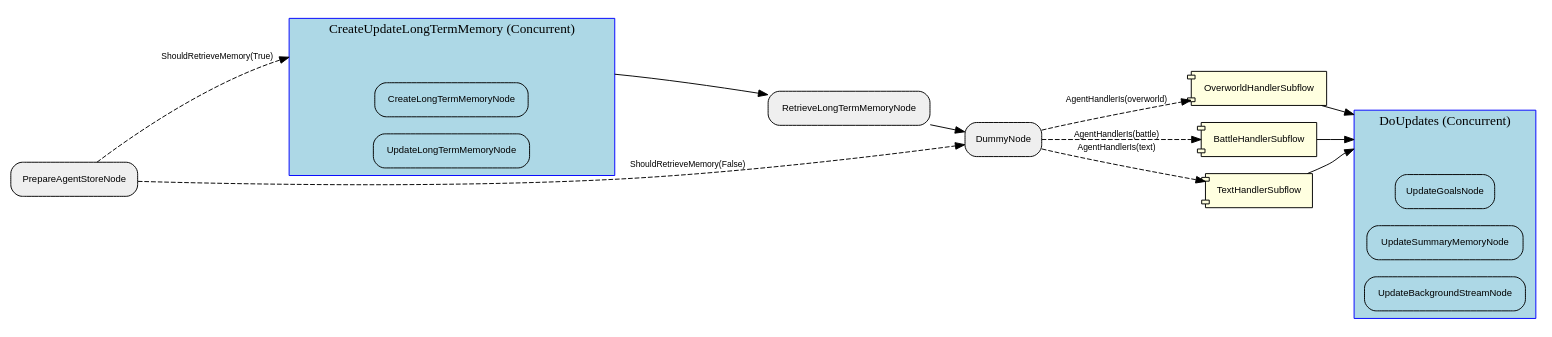
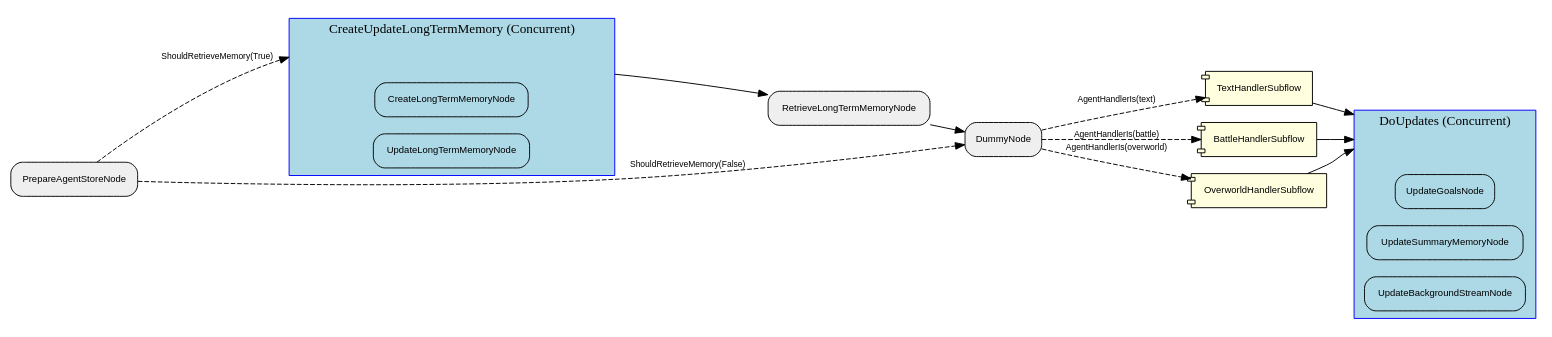
Before and after one commit to clambro/ai-plays-pokemon: the diagram in visualization/agent_graph/Graph.dot, drawn with Graphviz. The commit also changed 19 other files, not shown here.

```diff
--- a/visualization/agent_graph/Graph.dot
+++ b/visualization/agent_graph/Graph.dot
@@ -1,46 +1,46 @@
 digraph "G" {
   rankdir=LR;
   compound=true;
   node [shape=box, style="rounded,filled", fillcolor="#EFEFEF", fontname="Helvetica", fontsize=10];
   edge [fontname="Helvetica", fontsize=9];
-  subgraph "cluster_2D0KoKxn5NUGGwOTj231R" {
+  subgraph "cluster_ROh4b9rPiLZR8FRXu5Ws0" {
     label="DoUpdates (Concurrent)";
     style="filled"; fillcolor="lightblue"; color="blue";
     node [fillcolor="lightblue", style="filled,rounded"];
-    "2D0KoKxn5NUGGwOTj231R__entry" [label="", shape=point, width=0.01, style=invis];
-    "2D0KoKxn5NUGGwOTj231R__exit"  [label="", shape=point, width=0.01, style=invis];
-    iB7zfQtHu3mCeLPs9P3Up [label="UpdateGoalsNode"];
-    QU5TuuSJ8SM7s4VZJGutV [label="UpdateSummaryMemoryNode"];
-    uL5oxFUM4hSXXC4iqaIGP [label="UpdateBackgroundStreamNode"];
+    "ROh4b9rPiLZR8FRXu5Ws0__entry" [label="", shape=point, width=0.01, style=invis];
+    "ROh4b9rPiLZR8FRXu5Ws0__exit"  [label="", shape=point, width=0.01, style=invis];
+    R2gjnZK2jJIonHdh735mK [label="UpdateGoalsNode"];
+    LIymbs8aFT8sixNbxOi6x [label="UpdateSummaryMemoryNode"];
+    ef8JZMll6fiZbA6isvKZR [label="UpdateBackgroundStreamNode"];
   }
-  subgraph "cluster_Wu27l3X7fRLiAvLobb59u" {
+  subgraph "cluster_vkIfMjcxQSDinRBwNXA87" {
     label="CreateUpdateLongTermMemory (Concurrent)";
     style="filled"; fillcolor="lightblue"; color="blue";
     node [fillcolor="lightblue", style="filled,rounded"];
-    "Wu27l3X7fRLiAvLobb59u__entry" [label="", shape=point, width=0.01, style=invis];
-    "Wu27l3X7fRLiAvLobb59u__exit"  [label="", shape=point, width=0.01, style=invis];
-    MEHYqKM2ltUfVGy5lz9f6 [label="CreateLongTermMemoryNode"];
-    LcsrSq24pxVNU2TF7nFI9 [label="UpdateLongTermMemoryNode"];
+    "vkIfMjcxQSDinRBwNXA87__entry" [label="", shape=point, width=0.01, style=invis];
+    "vkIfMjcxQSDinRBwNXA87__exit"  [label="", shape=point, width=0.01, style=invis];
+    "8JvvkMiXwtxAixeD9rvfa" [label="CreateLongTermMemoryNode"];
+    etaww1i1ND2a3ibXAuwZn [label="UpdateLongTermMemoryNode"];
   }
-  hJfREhtHwu9QXVx1RhPXZ [label="DummyNode"];
-  QU5TuuSJ8SM7s4VZJGutV [label="UpdateSummaryMemoryNode"];
-  PWzfP64HGf6P0sPGQjgLr [label="OverworldHandlerSubflow", shape=component, style="filled,rounded", fillcolor="lightyellow"];
-  vmZxaLjYjcb4FFYGCL5YL [label="RetrieveLongTermMemoryNode"];
-  PCPUPZqDyBn2V3zPvwliE [label="BattleHandlerSubflow", shape=component, style="filled,rounded", fillcolor="lightyellow"];
-  iB7zfQtHu3mCeLPs9P3Up [label="UpdateGoalsNode"];
-  uL5oxFUM4hSXXC4iqaIGP [label="UpdateBackgroundStreamNode"];
-  MEHYqKM2ltUfVGy5lz9f6 [label="CreateLongTermMemoryNode"];
-  TXDWbj3iuO7YhtR3Cyd3u [label="PrepareAgentStoreNode"];
-  LcsrSq24pxVNU2TF7nFI9 [label="UpdateLongTermMemoryNode"];
-  GRSKEcriui0RX5L0mzUCe [label="TextHandlerSubflow", shape=component, style="filled,rounded", fillcolor="lightyellow"];
-  TXDWbj3iuO7YhtR3Cyd3u -> Wu27l3X7fRLiAvLobb59u__entry [lhead="cluster_Wu27l3X7fRLiAvLobb59u", style="dashed", label="ShouldRetrieveMemory(True)"];
-  Wu27l3X7fRLiAvLobb59u__exit -> vmZxaLjYjcb4FFYGCL5YL [ltail="cluster_Wu27l3X7fRLiAvLobb59u", style="solid"];
-  TXDWbj3iuO7YhtR3Cyd3u -> hJfREhtHwu9QXVx1RhPXZ [style="dashed", label="ShouldRetrieveMemory(False)"];
-  vmZxaLjYjcb4FFYGCL5YL -> hJfREhtHwu9QXVx1RhPXZ [style="solid"];
-  hJfREhtHwu9QXVx1RhPXZ -> PWzfP64HGf6P0sPGQjgLr [style="dashed", label="AgentHandlerIs(overworld)"];
-  hJfREhtHwu9QXVx1RhPXZ -> PCPUPZqDyBn2V3zPvwliE [style="dashed", label="AgentHandlerIs(battle)"];
-  hJfREhtHwu9QXVx1RhPXZ -> GRSKEcriui0RX5L0mzUCe [style="dashed", label="AgentHandlerIs(text)"];
-  GRSKEcriui0RX5L0mzUCe -> "2D0KoKxn5NUGGwOTj231R__entry" [lhead="cluster_2D0KoKxn5NUGGwOTj231R", style="solid"];
-  PCPUPZqDyBn2V3zPvwliE -> "2D0KoKxn5NUGGwOTj231R__entry" [lhead="cluster_2D0KoKxn5NUGGwOTj231R", style="solid"];
-  PWzfP64HGf6P0sPGQjgLr -> "2D0KoKxn5NUGGwOTj231R__entry" [lhead="cluster_2D0KoKxn5NUGGwOTj231R", style="solid"];
+  "85mMIVAgKyqICc2UKvbeU" [label="PrepareAgentStoreNode"];
+  LIymbs8aFT8sixNbxOi6x [label="UpdateSummaryMemoryNode"];
+  ycaKppBU8FhEJ6475tIlu [label="TextHandlerSubflow", shape=component, style="filled,rounded", fillcolor="lightyellow"];
+  bIdvvnXZvz8Is1MfSYbAy [label="BattleHandlerSubflow", shape=component, style="filled,rounded", fillcolor="lightyellow"];
+  R2gjnZK2jJIonHdh735mK [label="UpdateGoalsNode"];
+  "8JvvkMiXwtxAixeD9rvfa" [label="CreateLongTermMemoryNode"];
+  g5zJknwT6kuxiYzIDjmsU [label="RetrieveLongTermMemoryNode"];
+  etaww1i1ND2a3ibXAuwZn [label="UpdateLongTermMemoryNode"];
+  U07Mu0bBpQoGO8nXY5Nzr [label="OverworldHandlerSubflow", shape=component, style="filled,rounded", fillcolor="lightyellow"];
+  Hn3C6lkV9pvptlZGymCwm [label="DummyNode"];
+  ef8JZMll6fiZbA6isvKZR [label="UpdateBackgroundStreamNode"];
+  "85mMIVAgKyqICc2UKvbeU" -> vkIfMjcxQSDinRBwNXA87__entry [lhead="cluster_vkIfMjcxQSDinRBwNXA87", style="dashed", label="ShouldRetrieveMemory(True)"];
+  vkIfMjcxQSDinRBwNXA87__exit -> g5zJknwT6kuxiYzIDjmsU [ltail="cluster_vkIfMjcxQSDinRBwNXA87", style="solid"];
+  "85mMIVAgKyqICc2UKvbeU" -> Hn3C6lkV9pvptlZGymCwm [style="dashed", label="ShouldRetrieveMemory(False)"];
+  g5zJknwT6kuxiYzIDjmsU -> Hn3C6lkV9pvptlZGymCwm [style="solid"];
+  Hn3C6lkV9pvptlZGymCwm -> U07Mu0bBpQoGO8nXY5Nzr [style="dashed", label="AgentHandlerIs(overworld)"];
+  Hn3C6lkV9pvptlZGymCwm -> bIdvvnXZvz8Is1MfSYbAy [style="dashed", label="AgentHandlerIs(battle)"];
+  Hn3C6lkV9pvptlZGymCwm -> ycaKppBU8FhEJ6475tIlu [style="dashed", label="AgentHandlerIs(text)"];
+  ycaKppBU8FhEJ6475tIlu -> ROh4b9rPiLZR8FRXu5Ws0__entry [lhead="cluster_ROh4b9rPiLZR8FRXu5Ws0", style="solid"];
+  bIdvvnXZvz8Is1MfSYbAy -> ROh4b9rPiLZR8FRXu5Ws0__entry [lhead="cluster_ROh4b9rPiLZR8FRXu5Ws0", style="solid"];
+  U07Mu0bBpQoGO8nXY5Nzr -> ROh4b9rPiLZR8FRXu5Ws0__entry [lhead="cluster_ROh4b9rPiLZR8FRXu5Ws0", style="solid"];
 }
```
